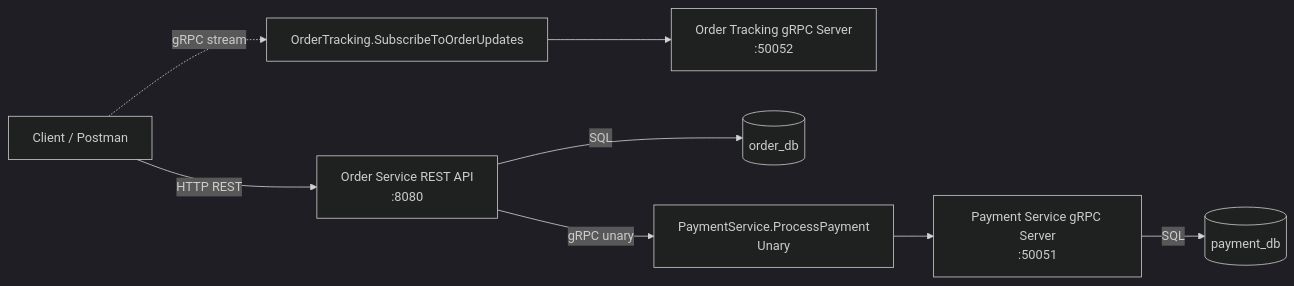
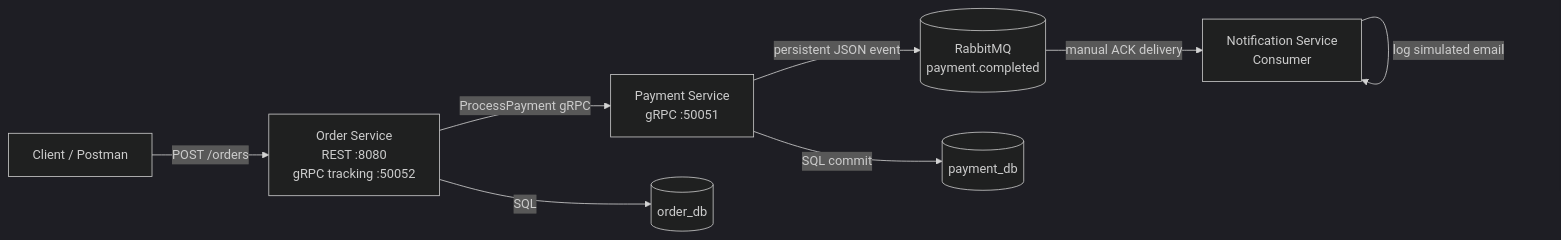
One commit to Casper-242464/Assignment-1_ADP2 changed the diagram in README.md. Above: the diagram before and after it, drawn with Mermaid (dark theme). The commit also changed other lines of this file and 31 other files, not shown here.

````diff
--- a/README.md
+++ b/README.md
@@ -114,19 +13,18 @@
 ```mermaid
 flowchart LR
     C[Client / Postman]
-    OHTTP[Order Service REST API<br/>:8080]
-    OGRPC[Order Tracking gRPC Server<br/>:50052]
-    PGRPC[Payment Service gRPC Server<br/>:50051]
+    O[Order Service<br/>REST :8080<br/>gRPC tracking :50052]
+    P[Payment Service<br/>gRPC :50051]
+    MQ[(RabbitMQ<br/>payment.completed)]
+    N[Notification Service<br/>Consumer]
     ODB[(order_db)]
     PDB[(payment_db)]
-    G1[PaymentService.ProcessPayment<br/>Unary]
-    G2[OrderTracking.SubscribeToOrderUpdates]
 
-    C -->|HTTP REST| OHTTP
-    OHTTP -->|SQL| ODB
-    OHTTP -->|gRPC unary| G1
-    G1 --> PGRPC
-    PGRPC -->|SQL| PDB
-    C -.->|gRPC stream| G2
-    G2 --> OGRPC
+    C -->|POST /orders| O
+    O -->|SQL| ODB
+    O -->|ProcessPayment gRPC| P
+    P -->|SQL commit| PDB
+    P -->|persistent JSON event| MQ
+    MQ -->|manual ACK delivery| N
+    N -->|log simulated email| N
 ```
````
